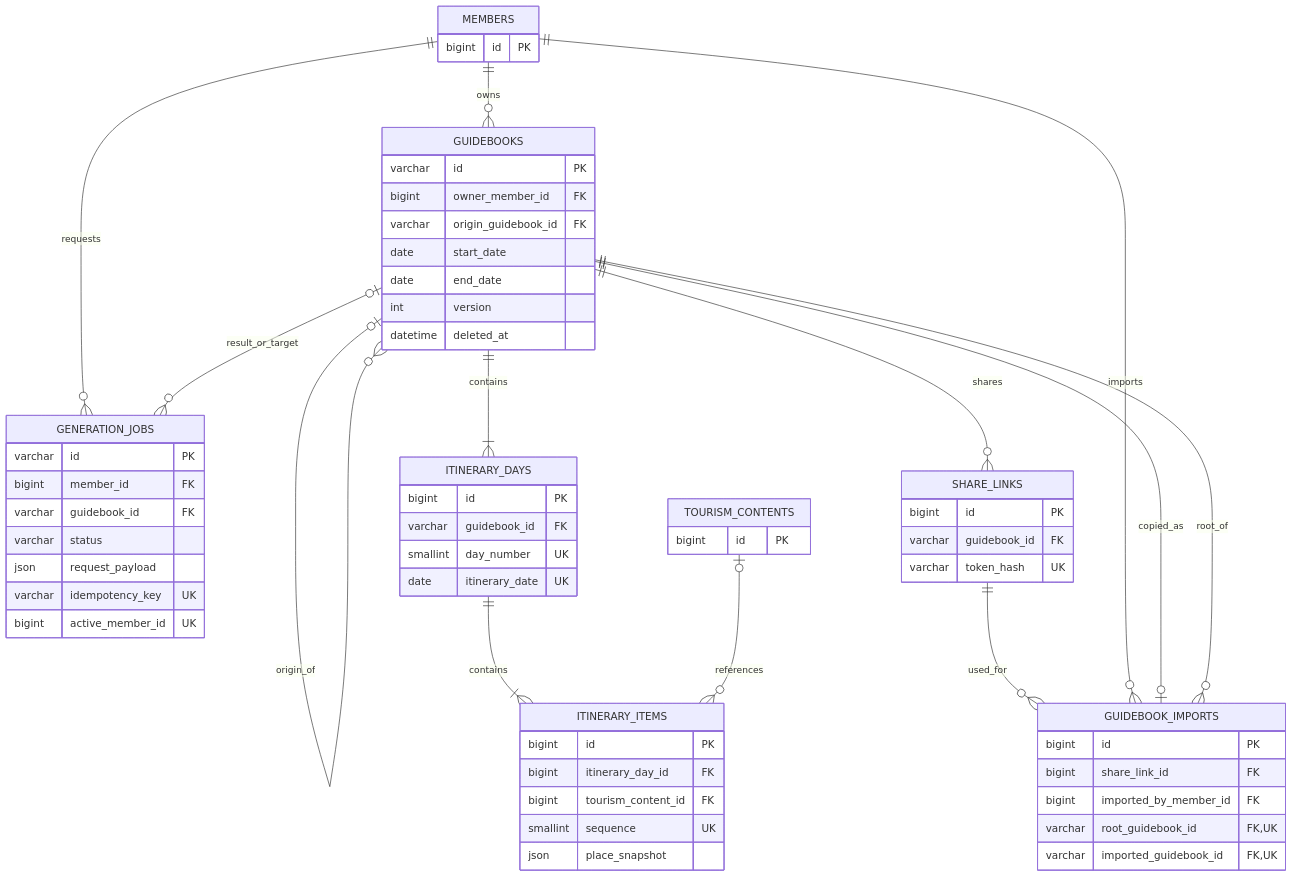
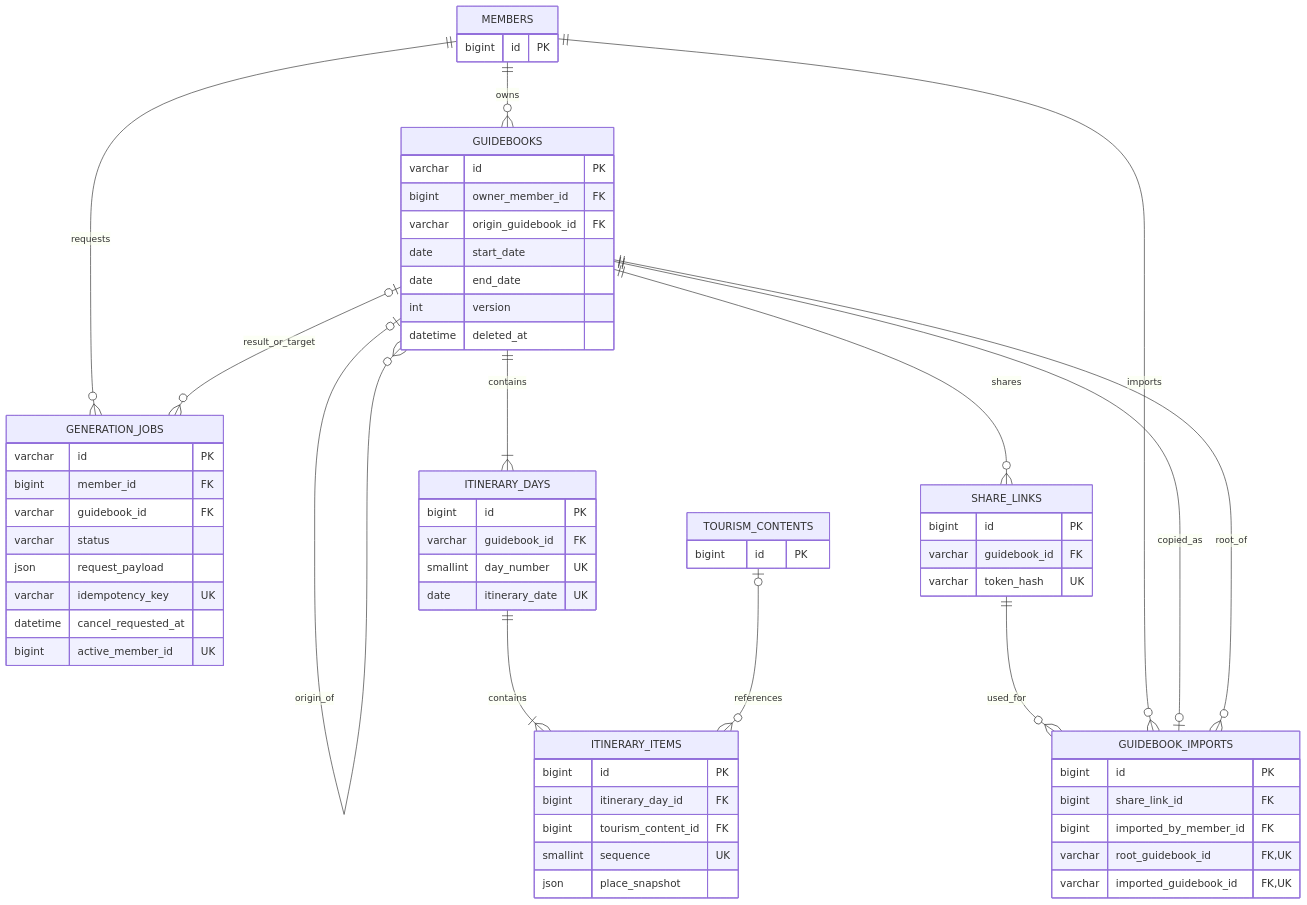
Before and after one commit to 100-hours-a-week/KTB4-10th-BE: the third of 5 diagrams in docs/ERD_테이블_설계_근거_검토본.md, drawn with Mermaid. The commit also changed other lines of this file and 5 other files, not shown here.

Commit message:
docs: sync V3 requirements ERD and API contract

```diff
--- a/docs/ERD_테이블_설계_근거_검토본.md
+++ b/docs/ERD_테이블_설계_근거_검토본.md
@@ -185,64 +185,65 @@
 ~~~mermaid
 erDiagram
     MEMBERS ||--o{ GENERATION_JOBS : requests
     MEMBERS ||--o{ GUIDEBOOKS : owns
     GUIDEBOOKS o|--o{ GUIDEBOOKS : origin_of
     GUIDEBOOKS o|--o{ GENERATION_JOBS : result_or_target
     GUIDEBOOKS ||--|{ ITINERARY_DAYS : contains
     ITINERARY_DAYS ||--|{ ITINERARY_ITEMS : contains
     TOURISM_CONTENTS o|--o{ ITINERARY_ITEMS : references
     GUIDEBOOKS ||--o{ SHARE_LINKS : shares
     SHARE_LINKS ||--o{ GUIDEBOOK_IMPORTS : used_for
     MEMBERS ||--o{ GUIDEBOOK_IMPORTS : imports
     GUIDEBOOKS ||--o| GUIDEBOOK_IMPORTS : copied_as
     GUIDEBOOKS ||--o{ GUIDEBOOK_IMPORTS : root_of
     GENERATION_JOBS {
         varchar id PK
         bigint member_id FK
         varchar guidebook_id FK
         varchar status
         json request_payload
         varchar idempotency_key UK
+        datetime cancel_requested_at
         bigint active_member_id UK
     }
     GUIDEBOOKS {
         varchar id PK
         bigint owner_member_id FK
         varchar origin_guidebook_id FK
         date start_date
         date end_date
         int version
         datetime deleted_at
     }
     ITINERARY_DAYS {
         bigint id PK
         varchar guidebook_id FK
         smallint day_number UK
         date itinerary_date UK
     }
     ITINERARY_ITEMS {
         bigint id PK
         bigint itinerary_day_id FK
         bigint tourism_content_id FK
         smallint sequence UK
         json place_snapshot
     }
     SHARE_LINKS {
         bigint id PK
         varchar guidebook_id FK
         varchar token_hash UK
     }
     GUIDEBOOK_IMPORTS {
         bigint id PK
         bigint share_link_id FK
         bigint imported_by_member_id FK
         varchar root_guidebook_id FK,UK
         varchar imported_guidebook_id FK,UK
     }
     MEMBERS {
         bigint id PK
     }
     TOURISM_CONTENTS {
         bigint id PK
     }
 ~~~
```
